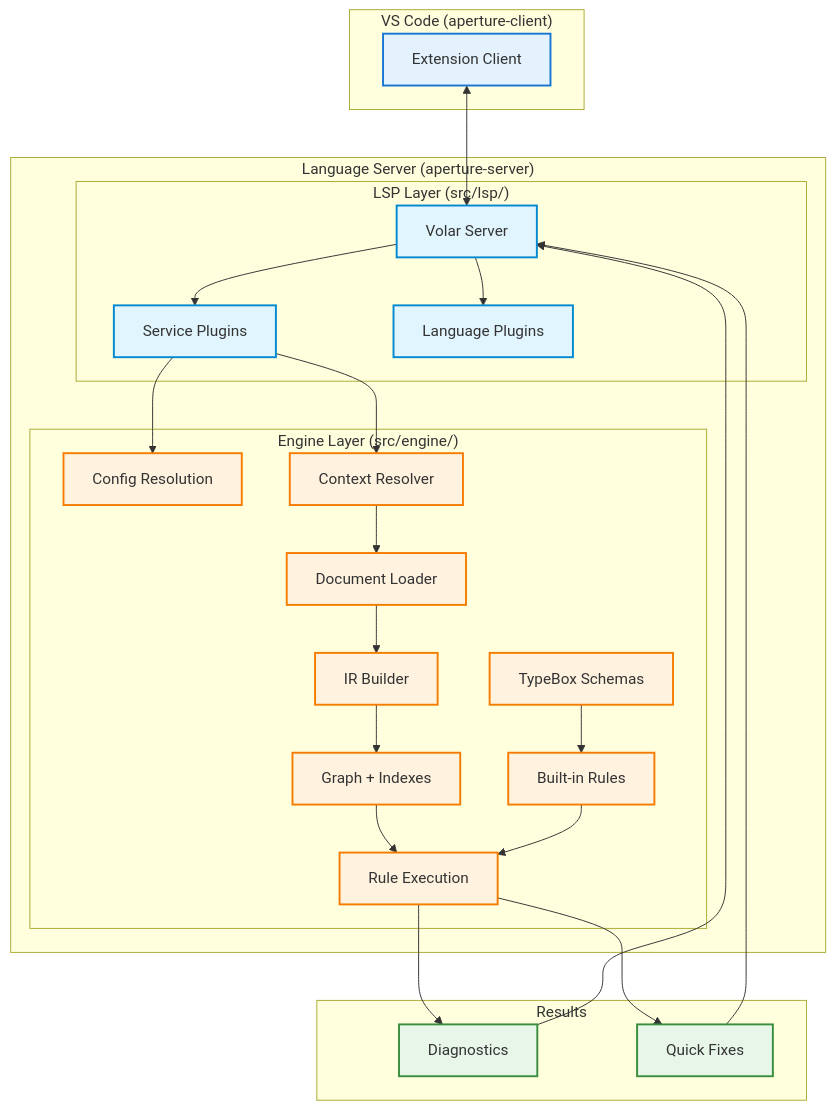
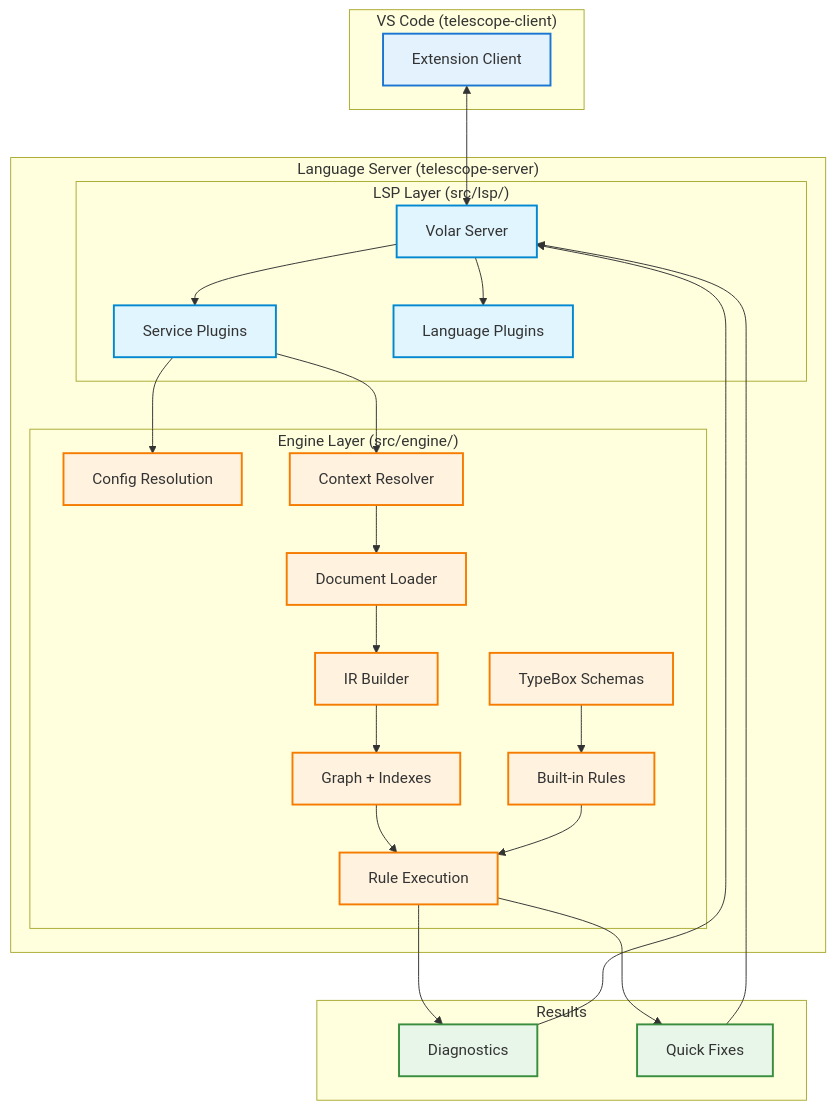
Before and after one commit to sailpoint-oss/telescope: the first of 2 diagrams in ARCHITECTURE.md, drawn with Mermaid. The commit also changed other lines of this file and 418 other files, not shown here.

Commit message:
Refactor and enhance OpenAPI server components, including improvements to schema handling, diagnostics caching, and validation services. Update various schemas and rules for better organization and clarity, while also refining documentation for custom rules and schemas in test files.

````diff
--- a/ARCHITECTURE.md
+++ b/ARCHITECTURE.md
@@ -44,58 +44,58 @@
 ```mermaid
 flowchart TB
-    subgraph Client["VS Code (aperture-client)"]
+    subgraph Client["VS Code (telescope-client)"]
         Extension[Extension Client]
     end
 
-    subgraph Server["Language Server (aperture-server)"]
+    subgraph Server["Language Server (telescope-server)"]
         subgraph LSP["LSP Layer (src/lsp/)"]
             VolarServer["Volar Server"]
             Services["Service Plugins"]
             Languages["Language Plugins"]
         end
 
         subgraph Engine["Engine Layer (src/engine/)"]
             Config["Config Resolution"]
             Context["Context Resolver"]
             Loader["Document Loader"]
             IR["IR Builder"]
             Indexes["Graph + Indexes"]
             Execution["Rule Execution"]
             Rules["Built-in Rules"]
             Schemas["TypeBox Schemas"]
         end
     end
 
     subgraph Output["Results"]
         Diagnostics["Diagnostics"]
         Fixes["Quick Fixes"]
     end
 
     Extension <--> VolarServer
     VolarServer --> Services
     VolarServer --> Languages
-    
+
     Services --> Config
     Services --> Context
     Context --> Loader
     Loader --> IR
     IR --> Indexes
     Indexes --> Execution
     Rules --> Execution
     Schemas --> Rules
-    
+
     Execution --> Diagnostics
     Execution --> Fixes
     Diagnostics --> VolarServer
     Fixes --> VolarServer
 
     classDef client fill:#e3f2fd,stroke:#1976d2,stroke-width:2px
     classDef lsp fill:#e1f5fe,stroke:#0288d1,stroke-width:2px
     classDef engine fill:#fff3e0,stroke:#f57c00,stroke-width:2px
     classDef output fill:#e8f5e9,stroke:#388e3c,stroke-width:2px
 
     class Extension client
     class VolarServer,Services,Languages lsp
     class Config,Context,Loader,IR,Indexes,Execution,Rules,Schemas engine
     class Diagnostics,Fixes output
 ```
````
